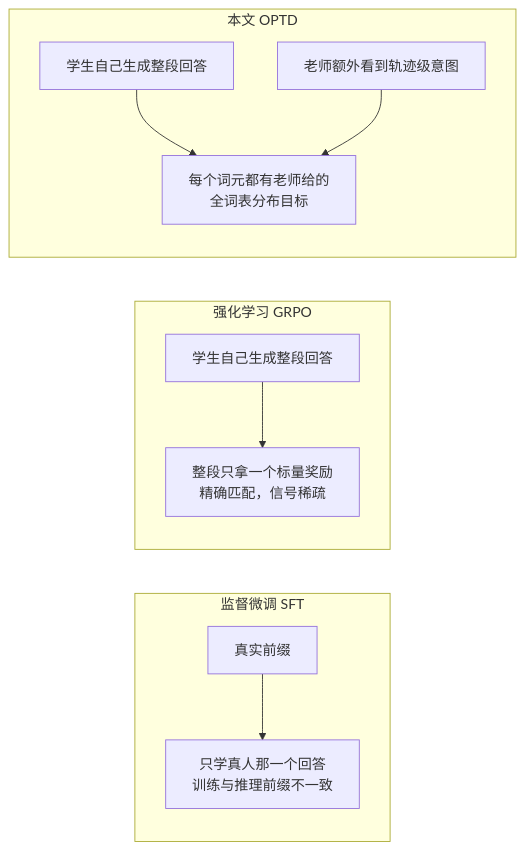
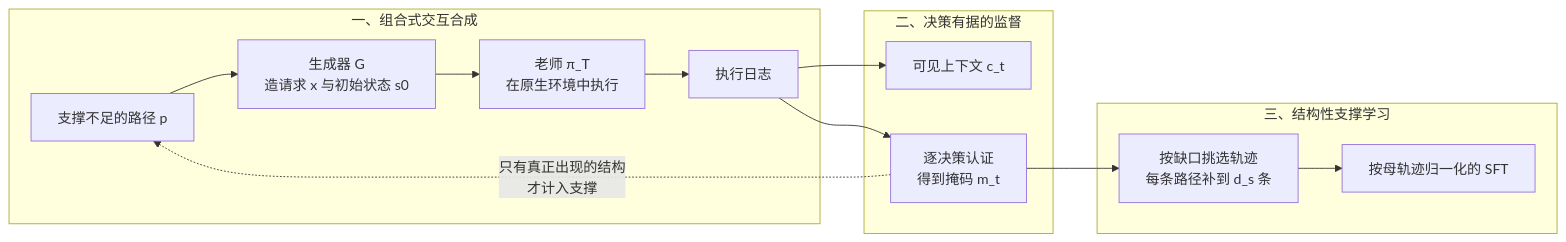
One commit to yingwang/paper-reads changed the third of 6 diagrams in docs/index.md. Above: the diagram before and after it, drawn with Mermaid. The commit also changed other lines of this file and 2 other files, not shown here.

````diff
--- a/docs/index.md
+++ b/docs/index.md
@@ -185,13 +103,17 @@
 ```mermaid
 flowchart LR
-    subgraph SFT["监督微调 SFT"]
-        S1["真实前缀"] --> S2["只学真人那一个回答<br/>训练与推理前缀不一致"]
+    subgraph S1["一、组合式交互合成"]
+        A1["支撑不足的路径 p"] --> A2["生成器 G<br/>造请求 x 与初始状态 s0"]
+        A2 --> A3["老师 π_T<br/>在原生环境中执行"]
+        A3 --> A4["执行日志"]
     end
-    subgraph GRPO["强化学习 GRPO"]
-        G1["学生自己生成整段回答"] --> G2["整段只拿一个标量奖励<br/>精确匹配，信号稀疏"]
+    subgraph S2["二、决策有据的监督"]
+        A4 --> B1["可见上下文 c_t"]
+        A4 --> B2["逐决策认证<br/>得到掩码 m_t"]
     end
-    subgraph OPTD["本文 OPTD"]
-        O1["学生自己生成整段回答"] --> O2["每个词元都有老师给的<br/>全词表分布目标"]
-        O3["老师额外看到轨迹级意图"] --> O2
+    subgraph S3["三、结构性支撑学习"]
+        B2 --> C1["按缺口挑选轨迹<br/>每条路径补到 d_s 条"]
+        C1 --> C2["按母轨迹归一化的 SFT"]
     end
+    B2 -.->|"只有真正出现的结构<br/>才计入支撑"| A1
 ```
````
